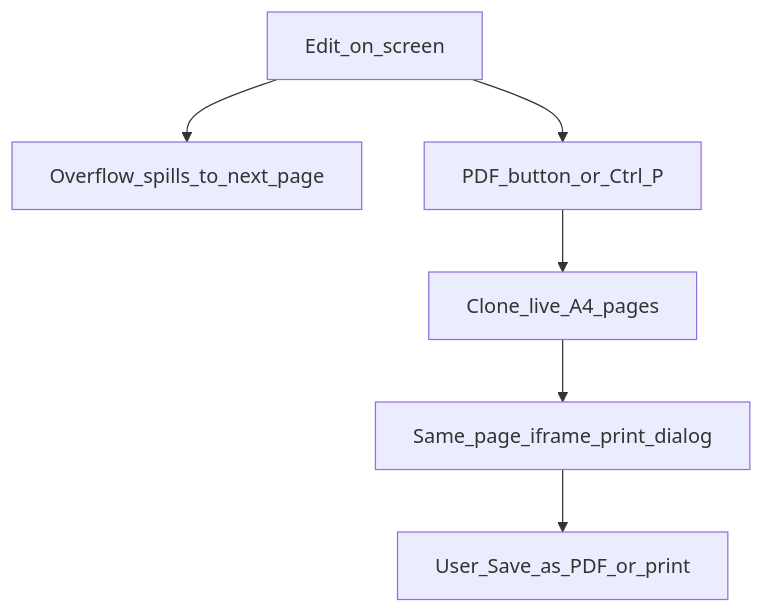
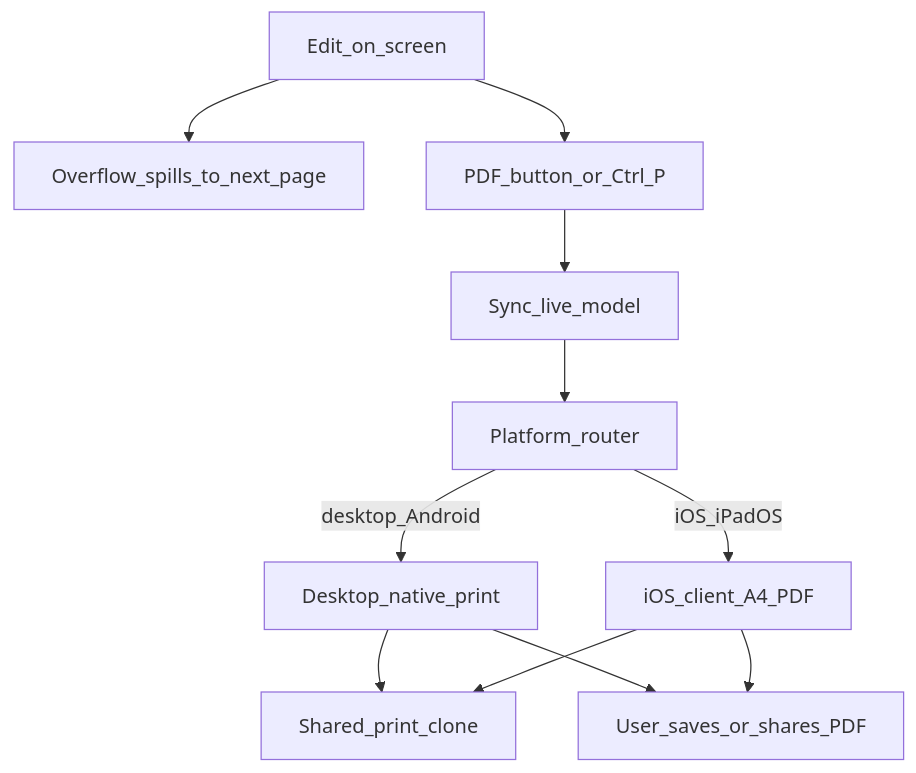
Before and after one commit to arverma/Bihar-Police-Notebook: the diagram in docs/components/templates.md, drawn with Mermaid. The commit also changed other lines of this file and 15 other files, not shown here.

````diff
--- a/docs/components/templates.md
+++ b/docs/components/templates.md
@@ -12,15 +12,23 @@
 ```mermaid
 flowchart TD
   edit[Edit_on_screen]
   spill[Overflow_spills_to_next_page]
   pdfBtn[PDF_button_or_Ctrl_P]
-  clone[Clone_live_A4_pages]
-  iframe[Same_page_iframe_print_dialog]
-  save[User_Save_as_PDF_or_print]
+  sync[Sync_live_model]
+  route[Platform_router]
+  clone[Shared_print_clone]
+  native[Desktop_native_print]
+  client[iOS_client_A4_PDF]
+  save[User_saves_or_shares_PDF]
 
   edit --> spill
   edit --> pdfBtn
-  pdfBtn --> clone
-  clone --> iframe
-  iframe --> save
+  pdfBtn --> sync
+  sync --> route
+  route -->|desktop_Android| native
+  route -->|iOS_iPadOS| client
+  native --> clone
+  client --> clone
+  native --> save
+  client --> save
 ```
````
